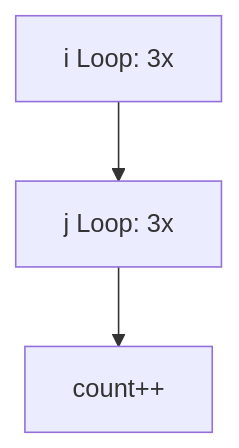
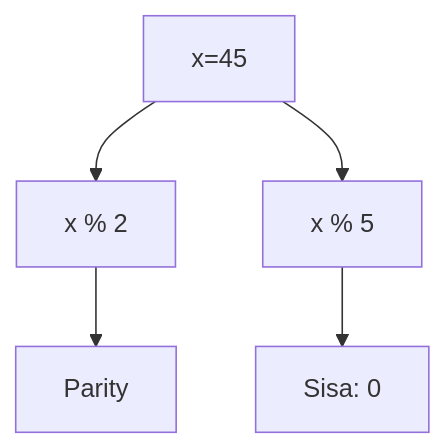
Before and after one commit to amnahwaida/OSNK_INF_PREP: diagram 15 of 25 in part-c-pemahaman-cpp/03-perulangan/latihan/set-01.md, drawn with Mermaid. The commit also changed other lines of this file and 71 other files, not shown here.

````diff
--- a/part-c-pemahaman-cpp/03-perulangan/latihan/set-01.md
+++ b/part-c-pemahaman-cpp/03-perulangan/latihan/set-01.md
@@ -425,5 +447,7 @@
 ```mermaid
 graph TD
-    A[i Loop: 3x] --> B[j Loop: 3x]
-    B --> C[count++]
+A[x=45] --> B[x % 2]
+B --> C[Parity]
+A --> D[x % 5]
+D --> E[Sisa: 0]
 ```
````
